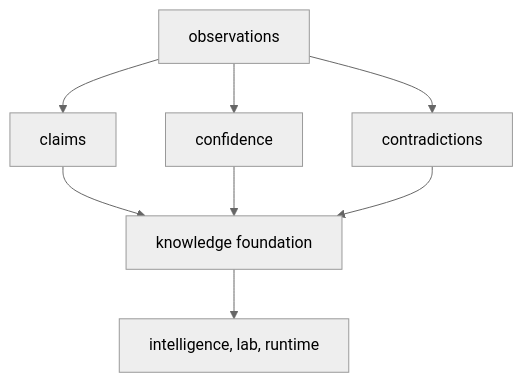
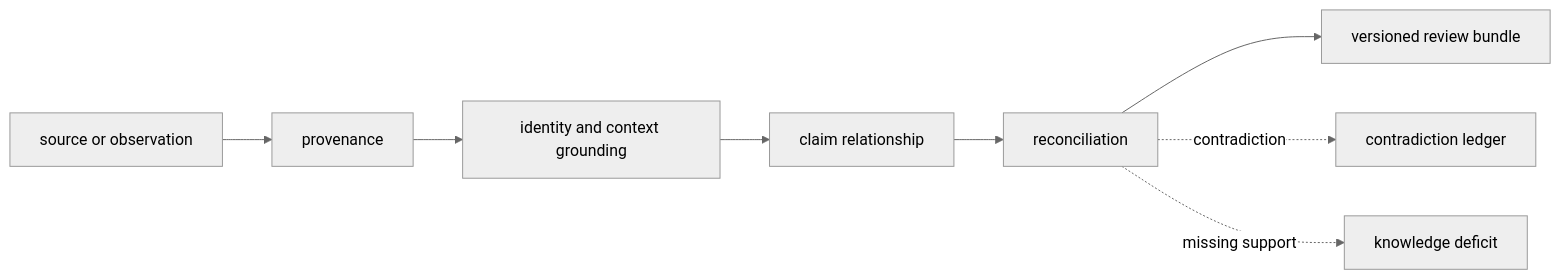
Before and after one commit to bijux/bijux-proteomics: the first of 2 diagrams in docs/06-bijux-proteomics-knowledge/foundation/index.md, drawn with Mermaid (neutral theme). The commit also changed other lines of this file and 3 other files, not shown here.

````diff
--- a/docs/06-bijux-proteomics-knowledge/foundation/index.md
+++ b/docs/06-bijux-proteomics-knowledge/foundation/index.md
@@ -31,17 +17,10 @@
 ```mermaid
-flowchart TB
-    observations["observations"]
-    claims["claims"]
-    confidence["confidence"]
-    contradictions["contradictions"]
-    knowledge["knowledge foundation"]
-    consumers["intelligence, lab, runtime"]
-
-    observations --> claims
-    observations --> confidence
-    observations --> contradictions
-    claims --> knowledge
-    confidence --> knowledge
-    contradictions --> knowledge
-    knowledge --> consumers
+flowchart LR
+    S["source or observation"] --> P["provenance"]
+    P --> G["identity and context grounding"]
+    G --> C["claim relationship"]
+    C --> R["reconciliation"]
+    R --> B["versioned review bundle"]
+    R -. contradiction .-> X["contradiction ledger"]
+    R -. missing support .-> D["knowledge deficit"]
 ```
````
